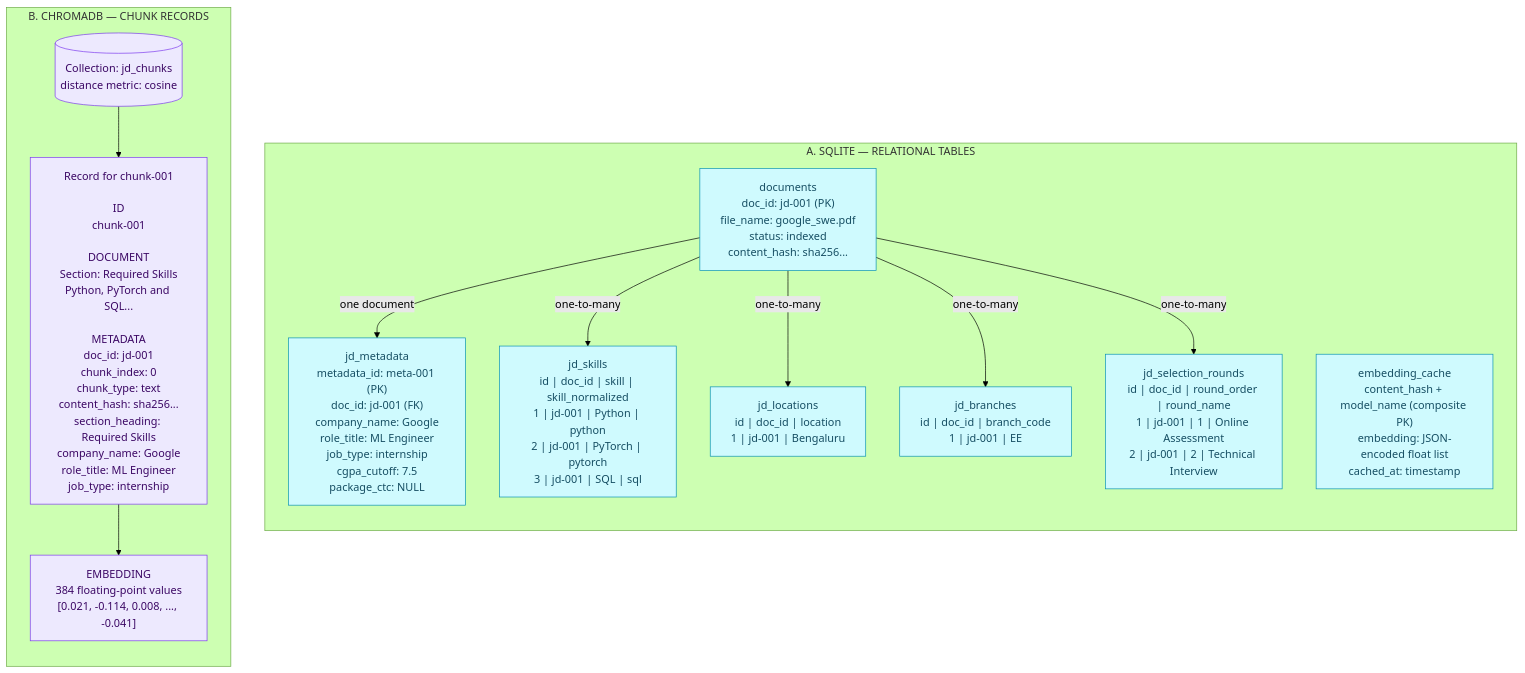
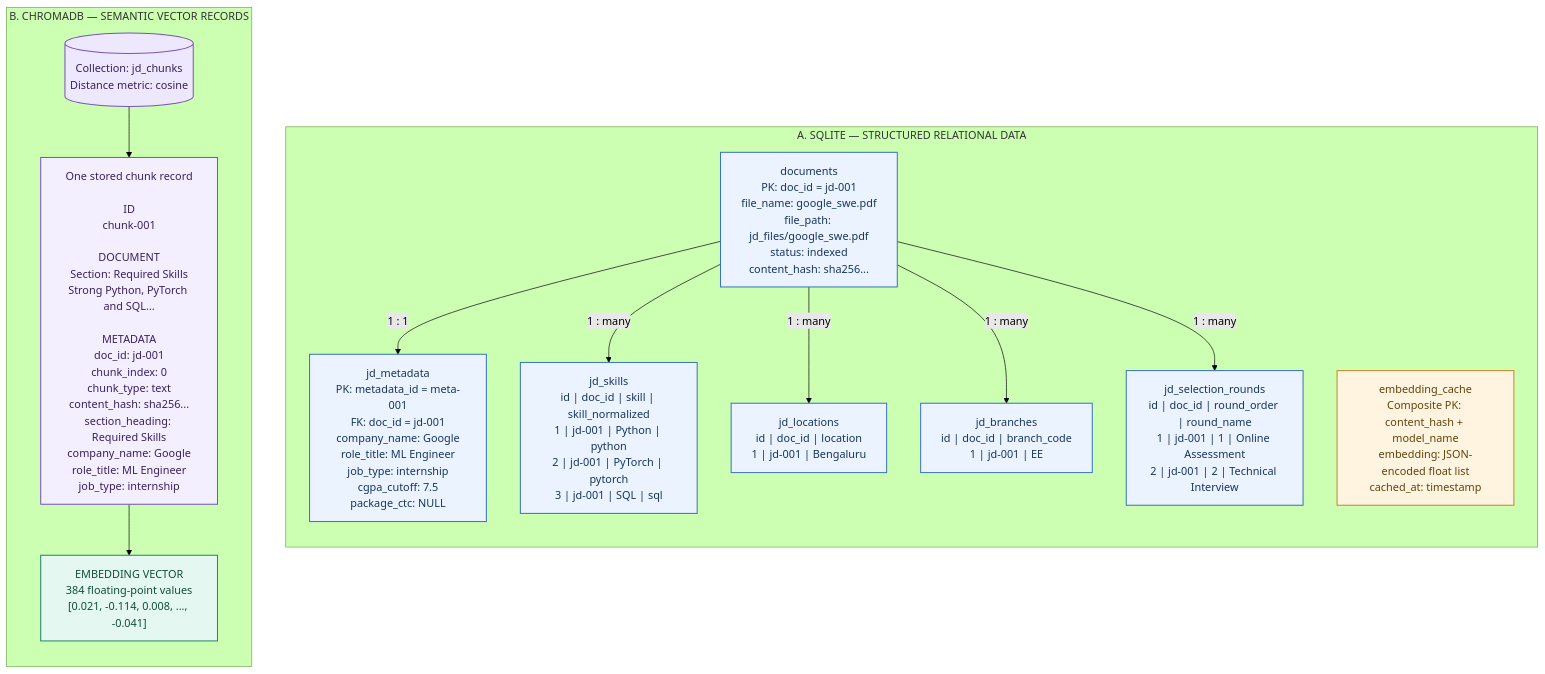
Diagram 13 of 18 in README.md (pratik-0302/job_description_agent), drawn with Mermaid (forest theme) before and after one commit. The commit also changed other lines of this file, not shown here.

Commit message:
docs: redesign storage layer data diagram

````diff
--- a/README.md
+++ b/README.md
@@ -998,32 +1003,45 @@
 ```mermaid
 flowchart TB
-    subgraph SQLITE["A. SQLITE — RELATIONAL TABLES"]
+    subgraph SQL["A. SQLITE — STRUCTURED RELATIONAL DATA"]
         direction TB
-        DOC["documents<br/>doc_id: jd-001 (PK)<br/>file_name: google_swe.pdf<br/>status: indexed<br/>content_hash: sha256..."]
-        META["jd_metadata<br/>metadata_id: meta-001 (PK)<br/>doc_id: jd-001 (FK)<br/>company_name: Google<br/>role_title: ML Engineer<br/>job_type: internship<br/>cgpa_cutoff: 7.5<br/>package_ctc: NULL"]
-        SKILLS["jd_skills<br/>id | doc_id | skill | skill_normalized<br/>1 | jd-001 | Python | python<br/>2 | jd-001 | PyTorch | pytorch<br/>3 | jd-001 | SQL | sql"]
+        DOC["documents<br/>PK: doc_id = jd-001<br/>file_name: google_swe.pdf<br/>file_path: jd_files/google_swe.pdf<br/>status: indexed<br/>content_hash: sha256..."]
+
+        META["jd_metadata<br/>PK: metadata_id = meta-001<br/>FK: doc_id = jd-001<br/>company_name: Google<br/>role_title: ML Engineer<br/>job_type: internship<br/>cgpa_cutoff: 7.5<br/>package_ctc: NULL"]
+
+        SKILL["jd_skills<br/>id | doc_id | skill | skill_normalized<br/>1 | jd-001 | Python | python<br/>2 | jd-001 | PyTorch | pytorch<br/>3 | jd-001 | SQL | sql"]
+
         LOC["jd_locations<br/>id | doc_id | location<br/>1 | jd-001 | Bengaluru"]
+
         BRANCH["jd_branches<br/>id | doc_id | branch_code<br/>1 | jd-001 | EE"]
-        ROUNDS["jd_selection_rounds<br/>id | doc_id | round_order | round_name<br/>1 | jd-001 | 1 | Online Assessment<br/>2 | jd-001 | 2 | Technical Interview"]
-        CACHE["embedding_cache<br/>content_hash + model_name (composite PK)<br/>embedding: JSON-encoded float list<br/>cached_at: timestamp"]
-        DOC -->|"one document"| META
-        DOC -->|"one-to-many"| SKILLS
-        DOC -->|"one-to-many"| LOC
-        DOC -->|"one-to-many"| BRANCH
-        DOC -->|"one-to-many"| ROUNDS
+
+        ROUND["jd_selection_rounds<br/>id | doc_id | round_order | round_name<br/>1 | jd-001 | 1 | Online Assessment<br/>2 | jd-001 | 2 | Technical Interview"]
+
+        CACHE["embedding_cache<br/>Composite PK: content_hash + model_name<br/>embedding: JSON-encoded float list<br/>cached_at: timestamp"]
+
+        DOC -->|"1 : 1"| META
+        DOC -->|"1 : many"| SKILL
+        DOC -->|"1 : many"| LOC
+        DOC -->|"1 : many"| BRANCH
+        DOC -->|"1 : many"| ROUND
     end
 
-    subgraph CHROMA["B. CHROMADB — CHUNK RECORDS"]
+    subgraph VECTOR["B. CHROMADB — SEMANTIC VECTOR RECORDS"]
         direction TB
-        COLLECTION[("Collection: jd_chunks<br/>distance metric: cosine")]
-        RECORD["Record for chunk-001<br/><br/>ID<br/>chunk-001<br/><br/>DOCUMENT<br/>Section: Required Skills<br/>Python, PyTorch and SQL...<br/><br/>METADATA<br/>doc_id: jd-001<br/>chunk_index: 0<br/>chunk_type: text<br/>content_hash: sha256...<br/>section_heading: Required Skills<br/>company_name: Google<br/>role_title: ML Engineer<br/>job_type: internship"]
-        VECTOR["EMBEDDING<br/>384 floating-point values<br/>[0.021, -0.114, 0.008, ..., -0.041]"]
-        COLLECTION --> RECORD
-        RECORD --> VECTOR
+        COLL[("Collection: jd_chunks<br/>Distance metric: cosine")]
+        RECORD["One stored chunk record<br/><br/>ID<br/>chunk-001<br/><br/>DOCUMENT<br/>Section: Required Skills<br/>Strong Python, PyTorch and SQL...<br/><br/>METADATA<br/>doc_id: jd-001<br/>chunk_index: 0<br/>chunk_type: text<br/>content_hash: sha256...<br/>section_heading: Required Skills<br/>company_name: Google<br/>role_title: ML Engineer<br/>job_type: internship"]
+        EMB["EMBEDDING VECTOR<br/>384 floating-point values<br/>[0.021, -0.114, 0.008, ..., -0.041]"]
+        COLL --> RECORD
+        RECORD --> EMB
     end
 
-    classDef sql fill:#cffafe,stroke:#0891b2,color:#164e63
-    classDef chroma fill:#ede9fe,stroke:#7c3aed,color:#3b0764
-    class DOC,META,SKILLS,LOC,BRANCH,ROUNDS,CACHE sql
-    class COLLECTION,RECORD,VECTOR chroma
+    classDef table fill:#eaf3ff,stroke:#3975bd,color:#17365d,stroke-width:1.5px
+    classDef cache fill:#fff4df,stroke:#c58a25,color:#62430c,stroke-width:1.5px
+    classDef collection fill:#eee8ff,stroke:#7955b5,color:#38215f,stroke-width:1.5px
+    classDef record fill:#f4efff,stroke:#7955b5,color:#38215f,stroke-width:1.5px
+    classDef embedding fill:#e4f7f1,stroke:#26866b,color:#124d3d,stroke-width:1.5px
+    class DOC,META,SKILL,LOC,BRANCH,ROUND table
+    class CACHE cache
+    class COLL collection
+    class RECORD record
+    class EMB embedding
 ```
````
